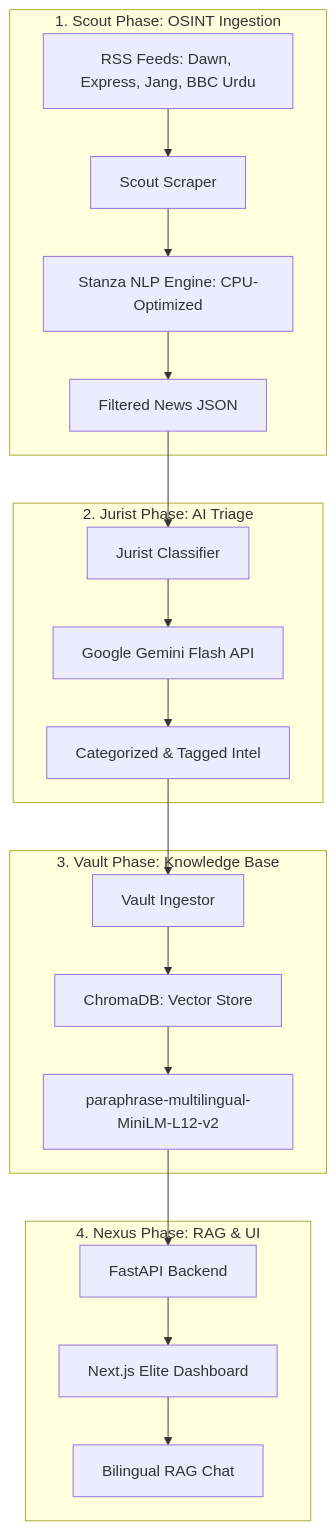
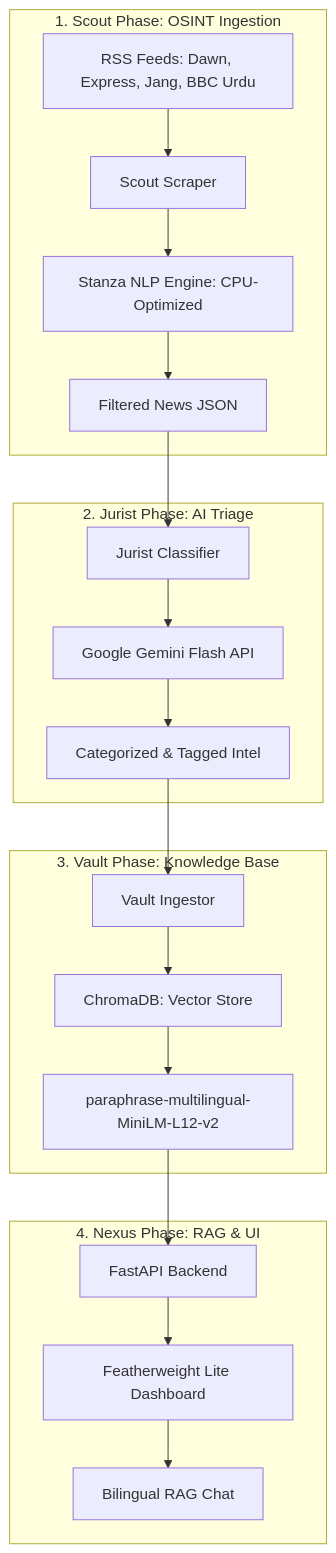
Before and after one commit to AlgorithmicAhsan/VigilancePK: the diagram in README.md, drawn with Mermaid. The commit also changed other lines of this file, not shown here.

````diff
--- a/README.md
+++ b/README.md
@@ -11,26 +11,26 @@
 ```mermaid
 graph TD
     subgraph Ingestion_Phase [1. Scout Phase: OSINT Ingestion]
         A[RSS Feeds: Dawn, Express, Jang, BBC Urdu] --> B[Scout Scraper]
         B --> C[Stanza NLP Engine: CPU-Optimized]
         C --> D[Filtered News JSON]
     end
 
     subgraph Intelligence_Phase [2. Jurist Phase: AI Triage]
         D --> E[Jurist Classifier]
         E --> F[Google Gemini Flash API]
         F --> G[Categorized & Tagged Intel]
     end
 
     subgraph Storage_Phase [3. Vault Phase: Knowledge Base]
         G --> H[Vault Ingestor]
         H --> I[ChromaDB: Vector Store]
         I --> J[paraphrase-multilingual-MiniLM-L12-v2]
     end
 
     subgraph Presentation_Phase [4. Nexus Phase: RAG & UI]
         J --> K[FastAPI Backend]
-        K --> L[Next.js Elite Dashboard]
+        K --> L[Featherweight Lite Dashboard]
         L --> M[Bilingual RAG Chat]
     end
 ```
````
